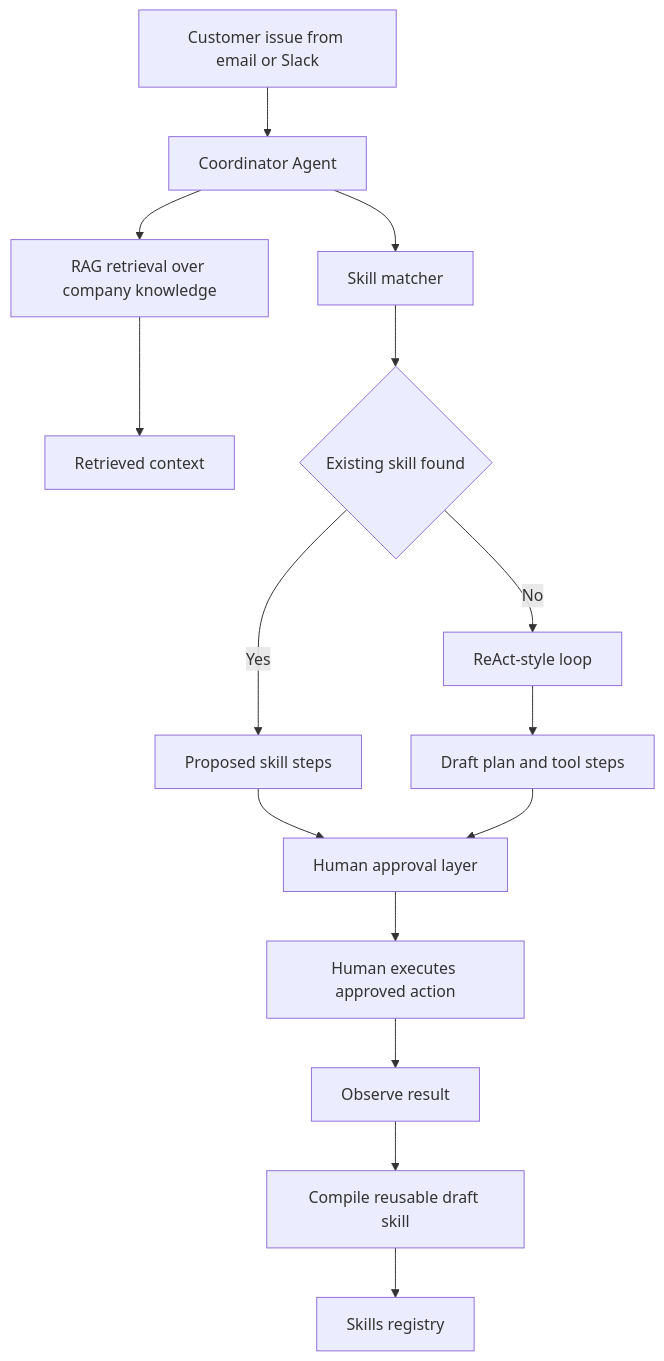
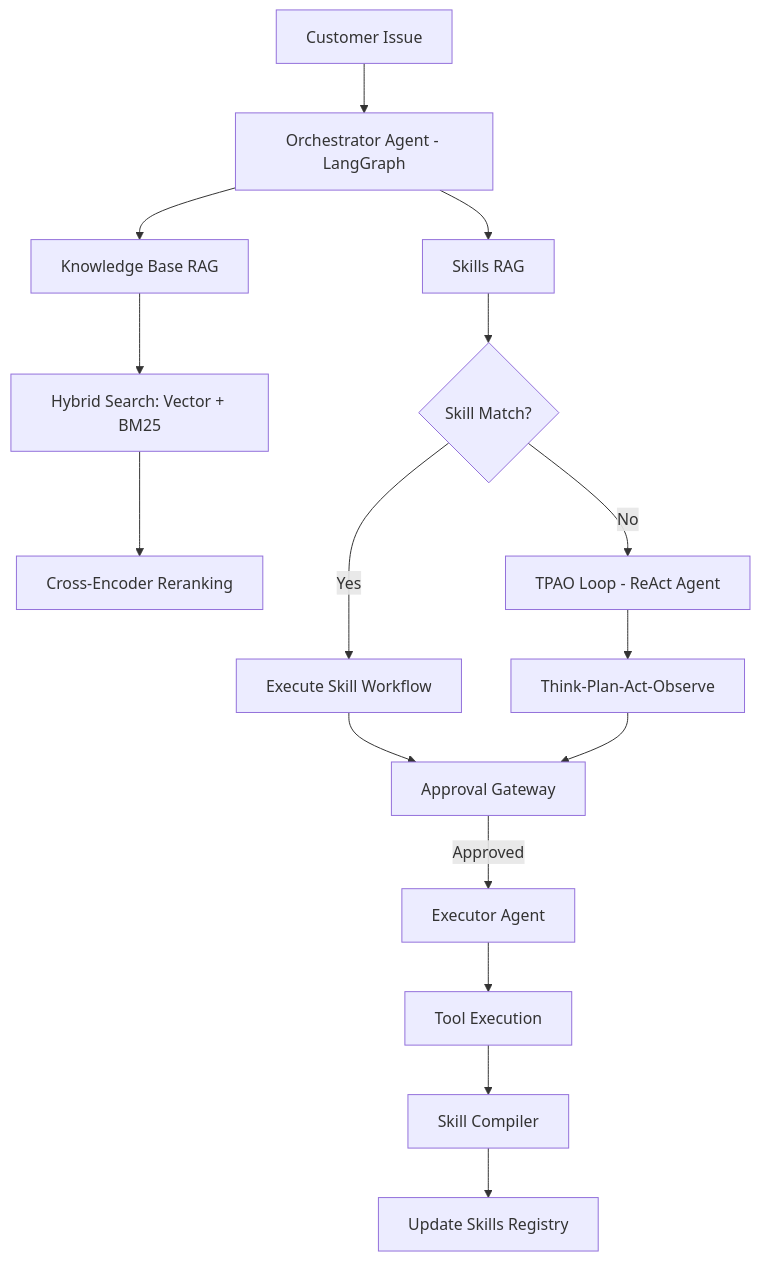
Before and after one commit to carmal891/customer-issue-resolution-copilot: the diagram in docs/system-design-document.md, drawn with Mermaid. The commit also changed other lines of this file and 44 other files, not shown here.

````diff
--- a/docs/system-design-document.md
+++ b/docs/system-design-document.md
@@ -115,17 +131,18 @@
 ```mermaid
 flowchart TD
-    A[Customer issue from email or Slack] --> B[Coordinator Agent]
-    B --> C[RAG retrieval over company knowledge]
-    B --> D[Skill matcher]
-    C --> E[Retrieved context]
-    D --> F{Existing skill found}
-    F -->|Yes| G[Proposed skill steps]
-    F -->|No| H[ReAct-style loop]
-    H --> I[Draft plan and tool steps]
-    G --> J[Human approval layer]
-    I --> J
-    J --> K[Human executes approved action]
-    K --> L[Observe result]
-    L --> M[Compile reusable draft skill]
-    M --> N[Skills registry]
+    A[Customer Issue] --> B[Orchestrator Agent - LangGraph]
+    B --> C[Knowledge Base RAG]
+    B --> D[Skills RAG]
+    C --> E[Hybrid Search: Vector + BM25]
+    E --> F[Cross-Encoder Reranking]
+    D --> G{Skill Match?}
+    G -->|Yes| H[Execute Skill Workflow]
+    G -->|No| I[TPAO Loop - ReAct Agent]
+    I --> J[Think-Plan-Act-Observe]
+    H --> K[Approval Gateway]
+    J --> K
+    K -->|Approved| L[Executor Agent]
+    L --> M[Tool Execution]
+    M --> N[Skill Compiler]
+    N --> O[Update Skills Registry]
 ```
````
